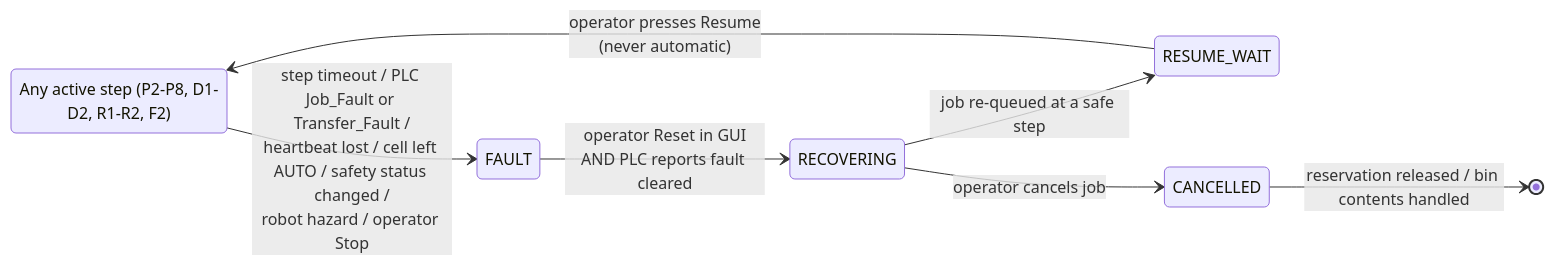
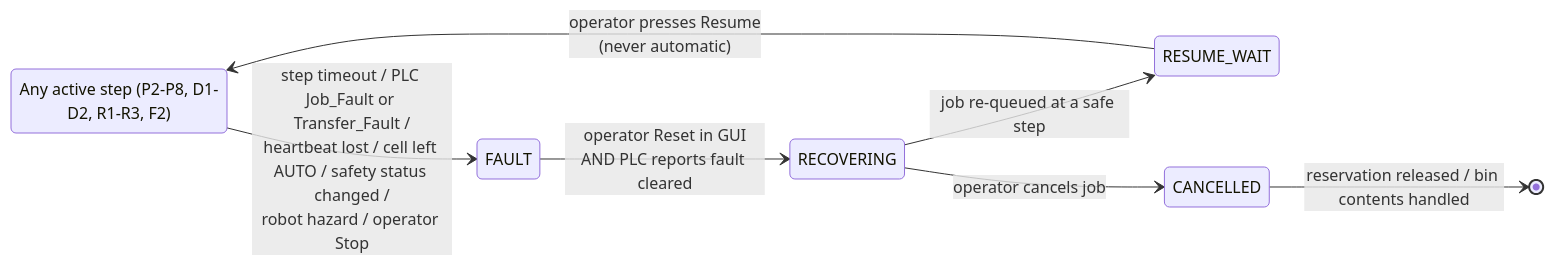
One commit to CDJ7/APEx-2.0 changed the second of 2 diagrams in docs/JOB_STATE_MACHINE.md. Above: the diagram before and after it, drawn with Mermaid. The commit also changed other lines of this file and 7 other files, not shown here.

````diff
--- a/docs/JOB_STATE_MACHINE.md
+++ b/docs/JOB_STATE_MACHINE.md
@@ -64,11 +73,11 @@
 ```mermaid
 stateDiagram-v2
     direction LR
-    ACTIVE: Any active step (P2-P8, D1-D2, R1-R2, F2)
+    ACTIVE: Any active step (P2-P8, D1-D2, R1-R3, F2)
     ACTIVE --> FAULT: step timeout / PLC Job_Fault or Transfer_Fault /<br/>heartbeat lost / cell left AUTO / safety status changed /<br/>robot hazard / operator Stop
     FAULT --> RECOVERING: operator Reset in GUI<br/>AND PLC reports fault cleared
     RECOVERING --> RESUME_WAIT: job re-queued at a safe step
     RESUME_WAIT --> ACTIVE: operator presses Resume<br/>(never automatic)
     RECOVERING --> CANCELLED: operator cancels job
     CANCELLED --> [*]: reservation released / bin contents handled
 ```
````
